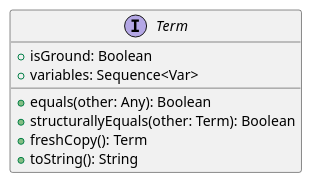
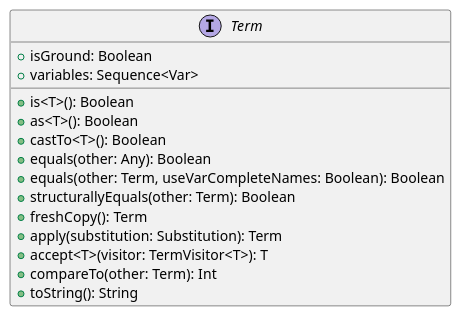
One commit to gciatto-unibo/2p-kt-presentation changed the diagram in img/term.puml. Above: the diagram before and after it, drawn with PlantUML. The commit also changed 41 other files, not shown here.

Commit message:
improve uml diagrams of :core

```diff
--- a/img/term.puml
+++ b/img/term.puml
@@ -1,12 +1,17 @@
 @startuml
-skinparam shadowing false
-
 interface Term {
   + isGround: Boolean
   + variables: Sequence<Var>
+  + is<T>(): Boolean
+  + as<T>(): Boolean
+  + castTo<T>(): Boolean
   + equals(other: Any): Boolean
+  + equals(other: Term, useVarCompleteNames: Boolean): Boolean
   + structurallyEquals(other: Term): Boolean
   + freshCopy(): Term
+  + apply(substitution: Substitution): Term
+  + accept<T>(visitor: TermVisitor<T>): T
+  + compareTo(other: Term): Int 
   + toString(): String
 }
 @enduml
```
